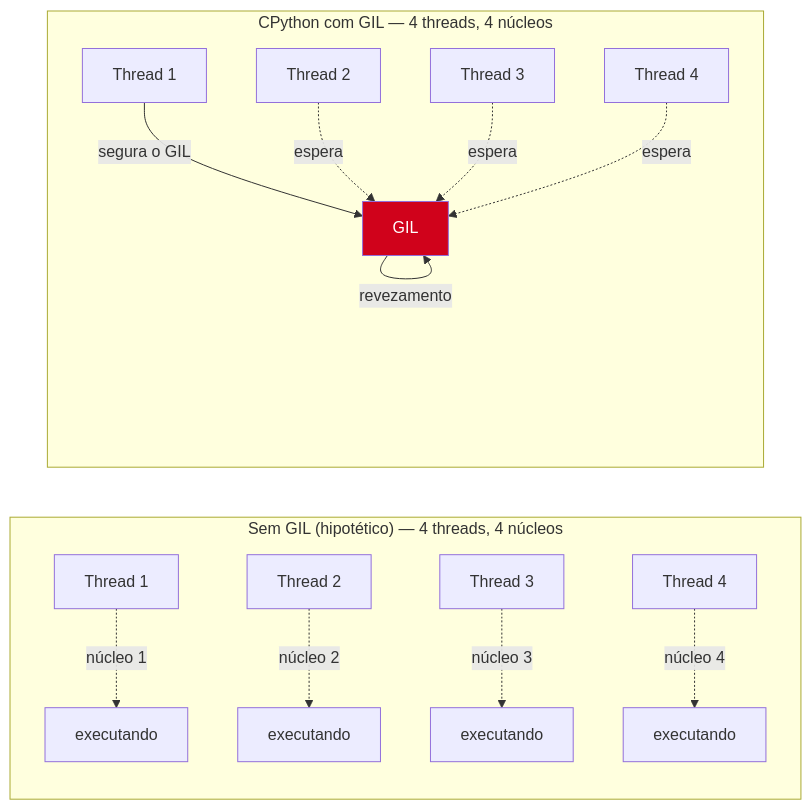
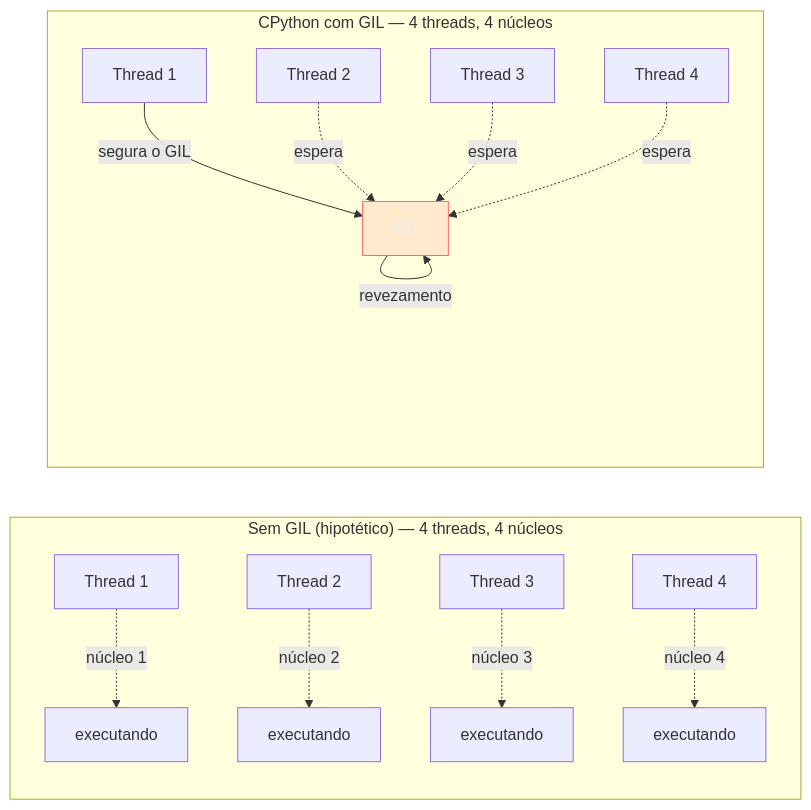
The third of 3 diagrams in 03-Dominios/Tecnologia/Go/07 - Goroutines e o scheduler/06 - Goroutines vs threads, event loop e GIL.md (josenaldo/codex-technomanticus), drawn with Mermaid before and after one commit. The commit also changed other lines of this file and 1181 other files, not shown here.

First line of the commit message:
fix(diagramas): paleta do sistema no lugar de cor cravada no markdown

````diff
--- a/03-Dominios/Tecnologia/Go/07 - Goroutines e o scheduler/06 - Goroutines vs threads, event loop e GIL.md
+++ b/03-Dominios/Tecnologia/Go/07 - Goroutines e o scheduler/06 - Goroutines vs threads, event loop e GIL.md
@@ -157,21 +160,22 @@
 ```mermaid
 flowchart LR
+    classDef falha fill:#FF6B6B24,stroke:#FF6B6B,color:#E9ECF2
     subgraph SemGIL["Sem GIL (hipotético) — 4 threads, 4 núcleos"]
         direction TB
         A1["Thread 1"] -.->|núcleo 1| C1["executando"]
         A2["Thread 2"] -.->|núcleo 2| C2["executando"]
         A3["Thread 3"] -.->|núcleo 3| C3["executando"]
         A4["Thread 4"] -.->|núcleo 4| C4["executando"]
     end
 
     subgraph ComGIL["CPython com GIL — 4 threads, 4 núcleos"]
         direction TB
         B1["Thread 1"] -->|"segura o GIL"| G["GIL"]
         B2["Thread 2"] -.->|espera| G
         B3["Thread 3"] -.->|espera| G
         B4["Thread 4"] -.->|espera| G
         G -->|"revezamento"| G
     end
 
-    style G fill:#D0021B,color:#fff
+    class G falha
 ```
````
